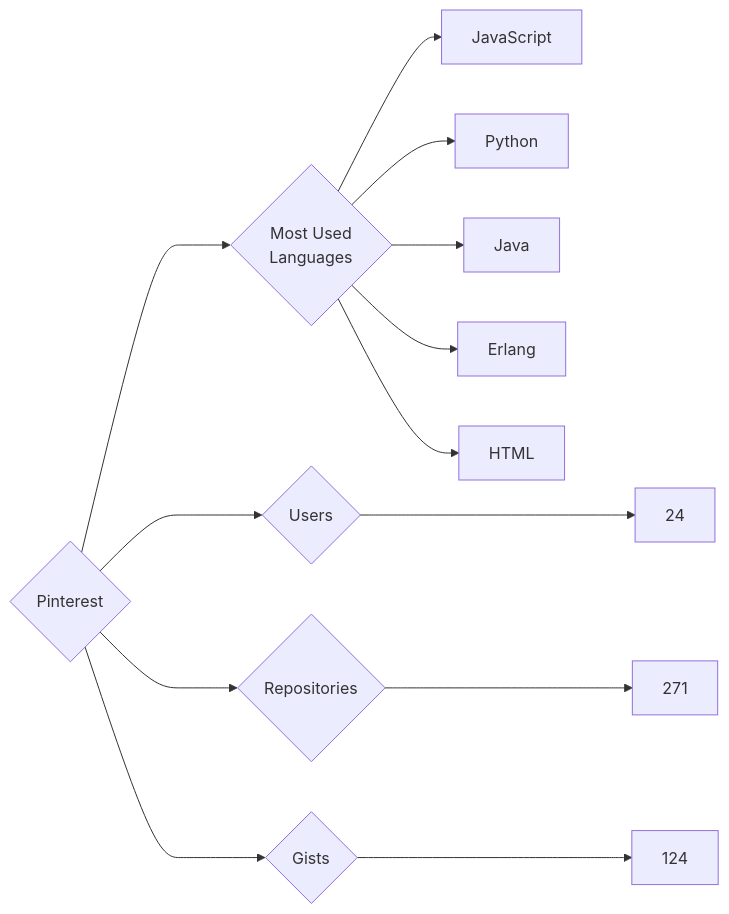
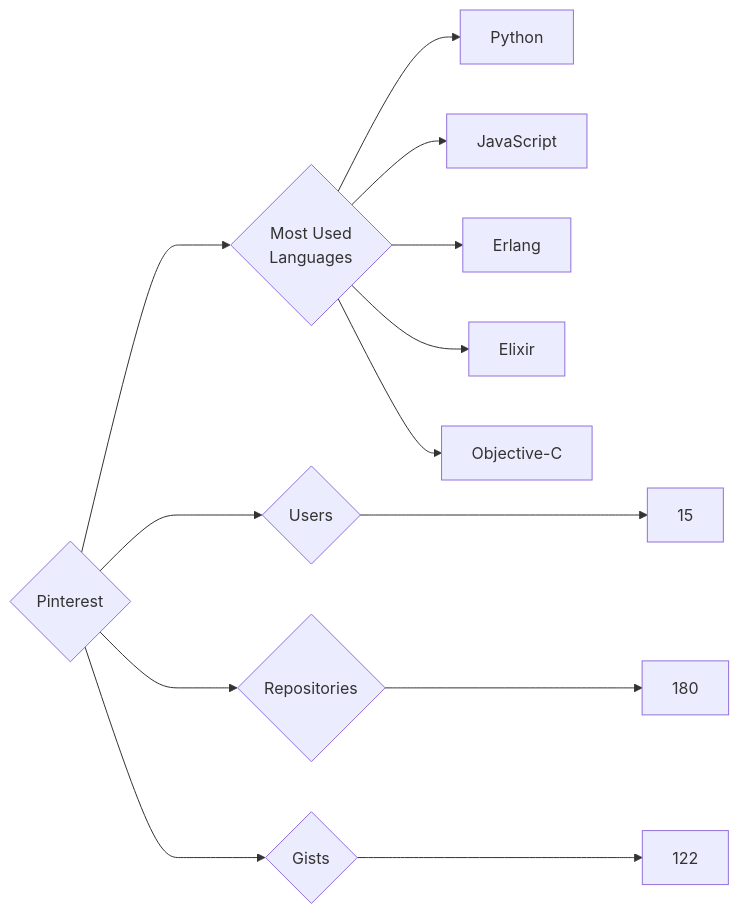
The diagram in targets/Pinterest/README.md (trickest/insiders), drawn with Mermaid before and after one commit. The commit also changed 940 other files, not shown here.

````diff
--- a/targets/Pinterest/README.md
+++ b/targets/Pinterest/README.md
@@ -3,13 +3,13 @@
 ```mermaid
 graph LR
 COMPANY_NAME{Pinterest}
-COMPANY_NAME ---> U{Users} ---> UN[24]
-COMPANY_NAME ---> R{Repositories} ---> RN[271]
-COMPANY_NAME ---> G{Gists} ---> GN[124]
+COMPANY_NAME ---> U{Users} ---> UN[15]
+COMPANY_NAME ---> R{Repositories} ---> RN[180]
+COMPANY_NAME ---> G{Gists} ---> GN[122]
 COMPANY_NAME ---> ML{Most Used<br>Languages}
+ML --> Python[Python]
 ML --> JavaScript[JavaScript]
-ML --> Python[Python]
-ML --> Java[Java]
 ML --> Erlang[Erlang]
-ML --> HTML[HTML]
+ML --> Elixir[Elixir]
+ML --> Objective-C[Objective-C]
 ```
````
